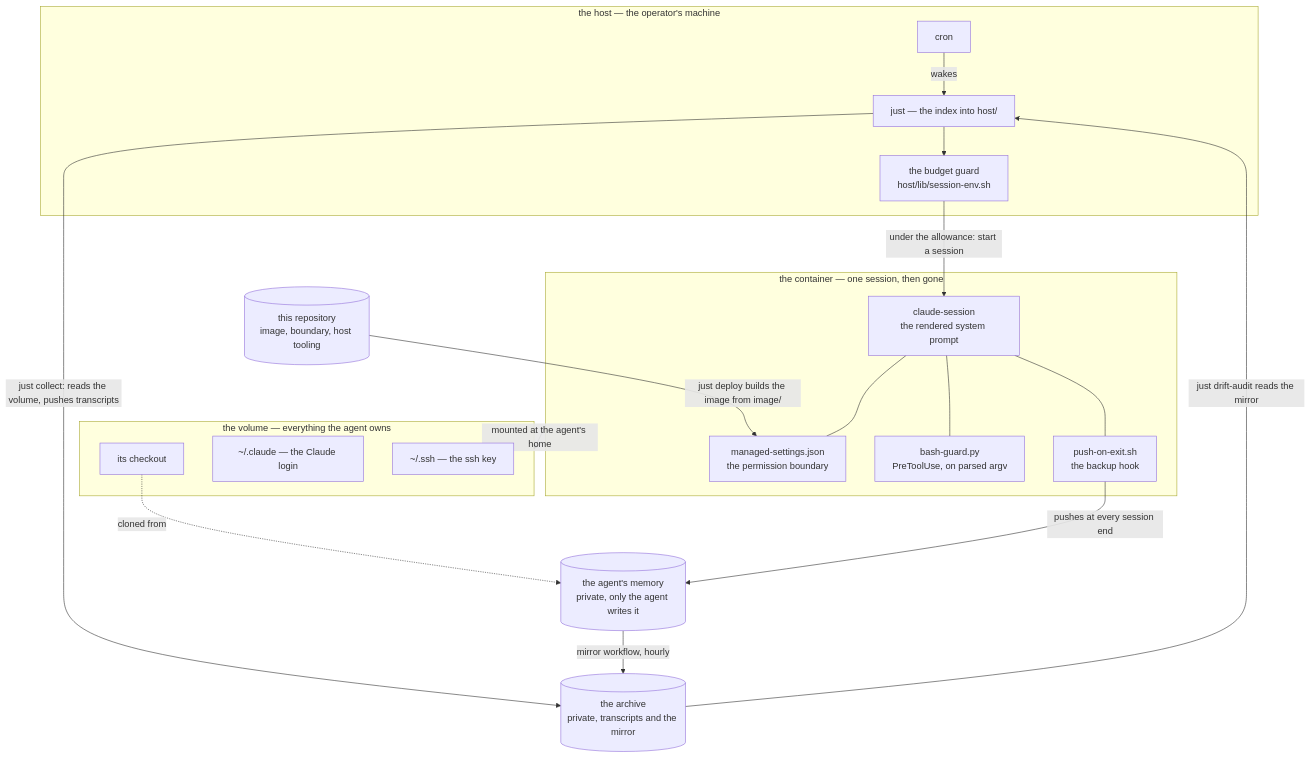
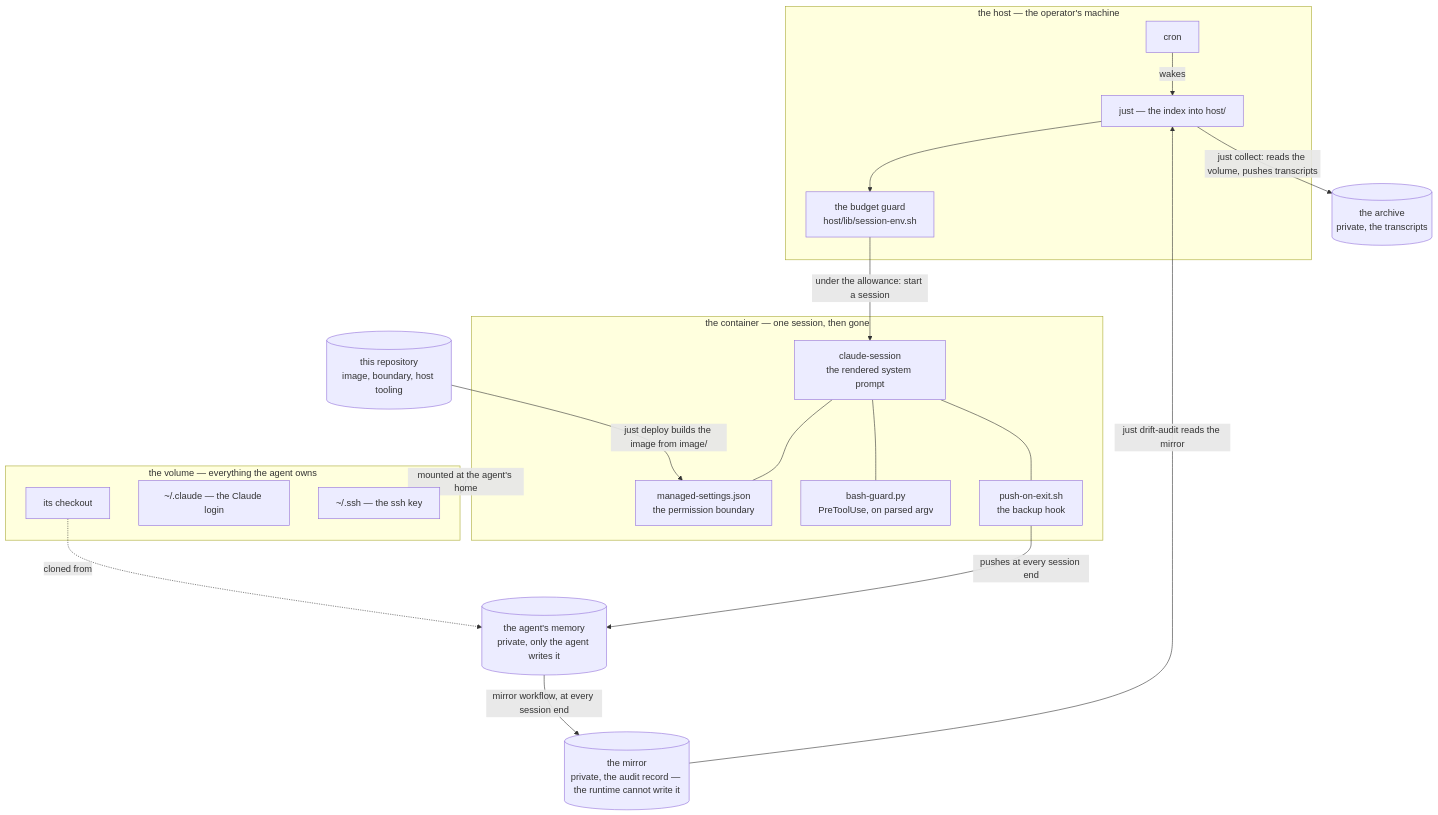
One commit to yannlugrin/autonomous-agent-runner changed the diagram in README.md. Above: the diagram before and after it, drawn with Mermaid. The commit also changed other lines of this file and 31 other files, not shown here.

````diff
--- a/README.md
+++ b/README.md
@@ -30,39 +30,40 @@
 ```mermaid
 flowchart TB
   subgraph HOST["the host — the operator's machine"]
     CRON["cron"]
     JUST["just — the index into host/"]
     BUDGET["the budget guard<br/>host/lib/session-env.sh"]
   end
 
   subgraph CONTAINER["the container — one session, then gone"]
     SESSION["claude-session<br/>the rendered system prompt"]
     MANAGED["managed-settings.json<br/>the permission boundary"]
     BASHGUARD["bash-guard.py<br/>PreToolUse, on parsed argv"]
     BACKUP["push-on-exit.sh<br/>the backup hook"]
   end
 
   subgraph VOLUME["the volume — everything the agent owns"]
     CHECKOUT["its checkout"]
     LOGIN["~/.claude — the Claude login"]
     KEY["~/.ssh — the ssh key"]
   end
 
   RUNNER[("this repository<br/>image, boundary, host tooling")]
   MEMORY[("the agent's memory<br/>private, only the agent writes it")]
-  ARCHIVE[("the archive<br/>private, transcripts and the mirror")]
+  ARCHIVE[("the archive<br/>private, the transcripts")]
+  MIRROR[("the mirror<br/>private, the audit record — the runtime cannot write it")]
 
   CRON -->|"wakes"| JUST
   JUST --> BUDGET
   BUDGET -->|"under the allowance: start a session"| SESSION
   RUNNER -->|"just deploy builds the image from image/"| MANAGED
   SESSION --- MANAGED
   SESSION --- BASHGUARD
   SESSION --- BACKUP
   CONTAINER -->|"mounted at the agent's home"| VOLUME
   CHECKOUT -.->|"cloned from"| MEMORY
   BACKUP -->|"pushes at every session end"| MEMORY
   JUST -->|"just collect: reads the volume, pushes transcripts"| ARCHIVE
-  MEMORY -->|"mirror workflow, hourly"| ARCHIVE
-  ARCHIVE -->|"just drift-audit reads the mirror"| JUST
+  MEMORY -->|"mirror workflow, at every session end"| MIRROR
+  MIRROR -->|"just drift-audit reads the mirror"| JUST
 ```
````
